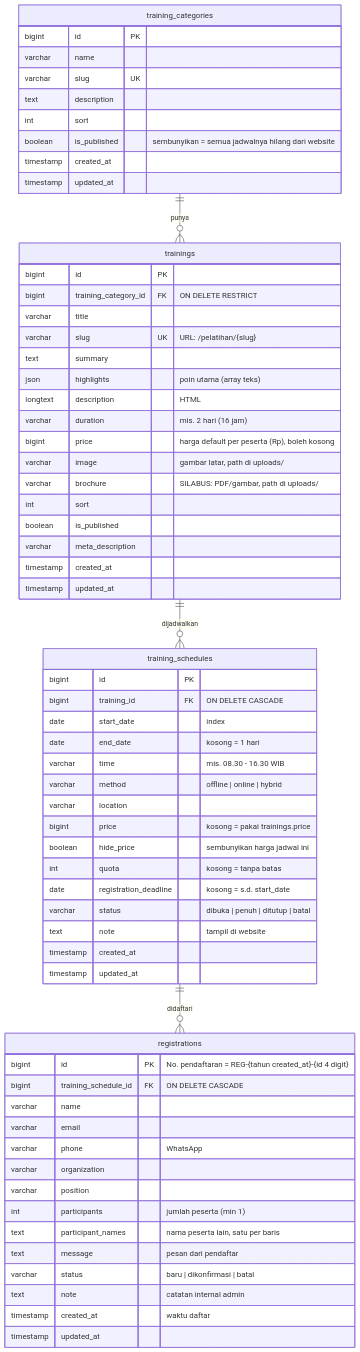
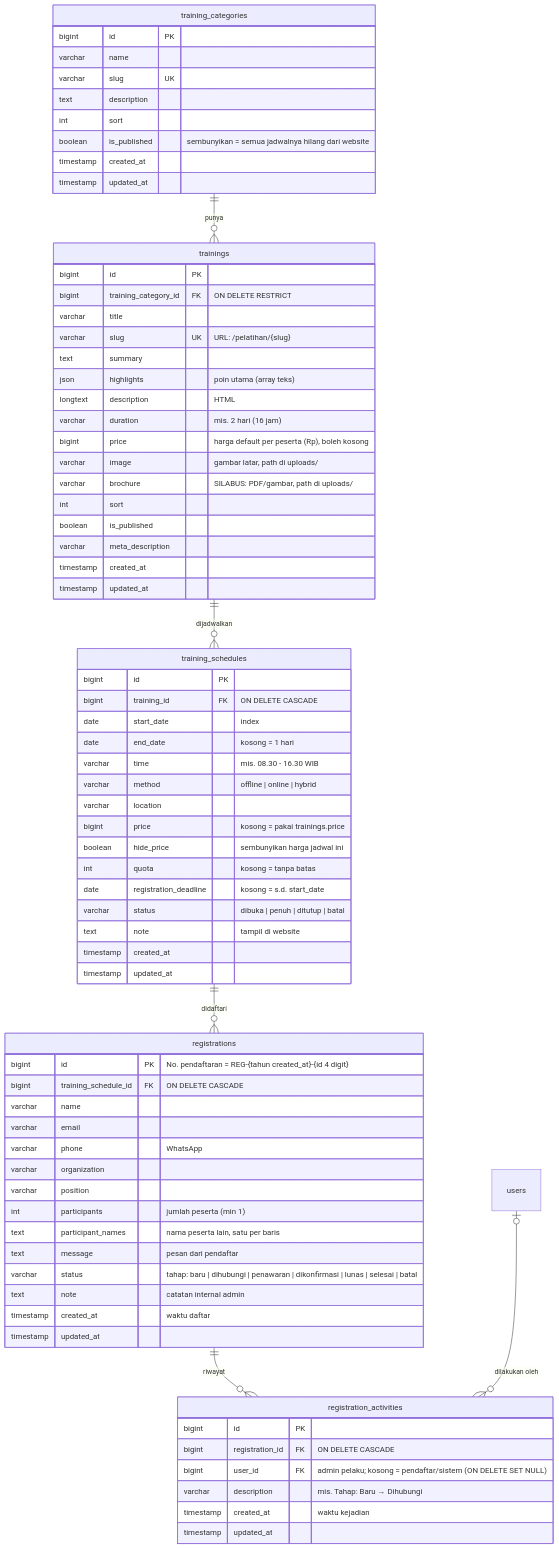
The first of 3 diagrams in cms/docs/DATABASE.md (marsyadiya23/web-inovass), drawn with Mermaid before and after one commit. The commit also changed other lines of this file and 20 other files, not shown here.

First line of the commit message:
Admin tahap 1 & 2: dasbor "Perlu tindakan", tab & tahap pendaftaran, riwayat, pendaftar per jadwal

````diff
--- a/cms/docs/DATABASE.md
+++ b/cms/docs/DATABASE.md
@@ -16,71 +16,82 @@
 ```mermaid
 erDiagram
     training_categories ||--o{ trainings : "punya"
     trainings ||--o{ training_schedules : "dijadwalkan"
     training_schedules ||--o{ registrations : "didaftari"
+    registrations ||--o{ registration_activities : "riwayat"
+    users |o--o{ registration_activities : "dilakukan oleh"
 
     training_categories {
         bigint id PK
         varchar name
         varchar slug UK
         text description
         int sort
         boolean is_published "sembunyikan = semua jadwalnya hilang dari website"
         timestamp created_at
         timestamp updated_at
     }
 
     trainings {
         bigint id PK
         bigint training_category_id FK "ON DELETE RESTRICT"
         varchar title
         varchar slug UK "URL: /pelatihan/{slug}"
         text summary
         json highlights "poin utama (array teks)"
         longtext description "HTML"
         varchar duration "mis. 2 hari (16 jam)"
         bigint price "harga default per peserta (Rp), boleh kosong"
         varchar image "gambar latar, path di uploads/"
         varchar brochure "SILABUS: PDF/gambar, path di uploads/"
         int sort
         boolean is_published
         varchar meta_description
         timestamp created_at
         timestamp updated_at
     }
 
     training_schedules {
         bigint id PK
         bigint training_id FK "ON DELETE CASCADE"
         date start_date "index"
         date end_date "kosong = 1 hari"
         varchar time "mis. 08.30 - 16.30 WIB"
         varchar method "offline | online | hybrid"
         varchar location
         bigint price "kosong = pakai trainings.price"
         boolean hide_price "sembunyikan harga jadwal ini"
         int quota "kosong = tanpa batas"
         date registration_deadline "kosong = s.d. start_date"
         varchar status "dibuka | penuh | ditutup | batal"
         text note "tampil di website"
         timestamp created_at
         timestamp updated_at
     }
 
     registrations {
         bigint id PK "No. pendaftaran = REG-{tahun created_at}-{id 4 digit}"
         bigint training_schedule_id FK "ON DELETE CASCADE"
         varchar name
         varchar email
         varchar phone "WhatsApp"
         varchar organization
         varchar position
         int participants "jumlah peserta (min 1)"
         text participant_names "nama peserta lain, satu per baris"
         text message "pesan dari pendaftar"
-        varchar status "baru | dikonfirmasi | batal"
+        varchar status "tahap: baru | dihubungi | penawaran | dikonfirmasi | lunas | selesai | batal"
         text note "catatan internal admin"
         timestamp created_at "waktu daftar"
         timestamp updated_at
     }
+
+    registration_activities {
+        bigint id PK
+        bigint registration_id FK "ON DELETE CASCADE"
+        bigint user_id FK "admin pelaku; kosong = pendaftar/sistem (ON DELETE SET NULL)"
+        varchar description "mis. Tahap: Baru → Dihubungi"
+        timestamp created_at "waktu kejadian"
+        timestamp updated_at
+    }
 ```
````
